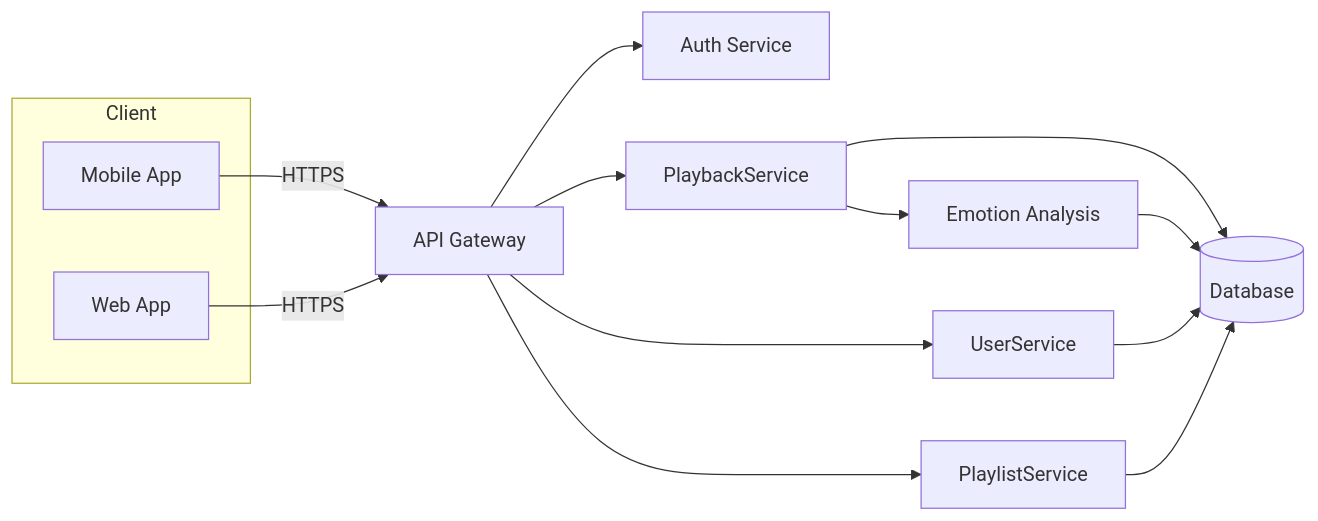
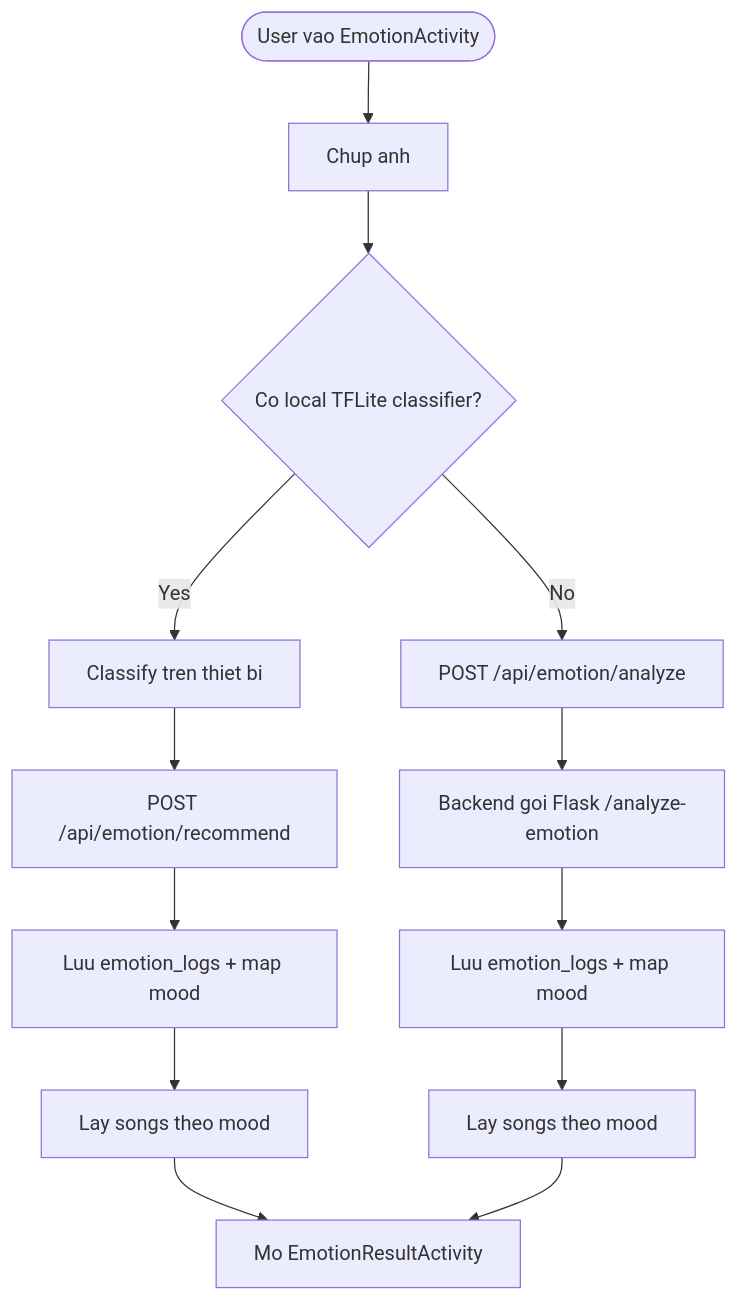
Before and after one commit to bangit14/WebBanHang-Project: the third of 9 diagrams in document.md, drawn with Mermaid. The commit also changed other lines of this file, not shown here.

````diff
--- a/document.md
+++ b/document.md
@@ -19,18 +155,17 @@
 ```mermaid
-flowchart LR
-    subgraph Client
-        A[Mobile App]
-        B[Web App]
-    end
-    A -->|HTTPS| G[API Gateway]
-    B -->|HTTPS| G
-    G --> H[Auth Service]
-    G --> S[PlaybackService]
-    G --> U[UserService]
-    G --> P[PlaylistService]
-    S --> DB[(Database)]
-    U --> DB
-    P --> DB
-    S --> ML[Emotion Analysis]
-    ML --> DB
+flowchart TD
+    Start([User vao EmotionActivity]) --> Capture[Chup anh]
+    Capture --> CheckLocal{Co local TFLite classifier?}
+
+    CheckLocal -->|Yes| LocalInfer[Classify tren thiet bi]
+    LocalInfer --> RecommendAPI[POST /api/emotion/recommend]
+    RecommendAPI --> SaveLog1[Luu emotion_logs + map mood]
+    SaveLog1 --> Songs1[Lay songs theo mood]
+    Songs1 --> ShowResult[Mo EmotionResultActivity]
+
+    CheckLocal -->|No| AnalyzeAPI[POST /api/emotion/analyze]
+    AnalyzeAPI --> Flask[Backend goi Flask /analyze-emotion]
+    Flask --> SaveLog2[Luu emotion_logs + map mood]
+    SaveLog2 --> Songs2[Lay songs theo mood]
+    Songs2 --> ShowResult
 ```
````
